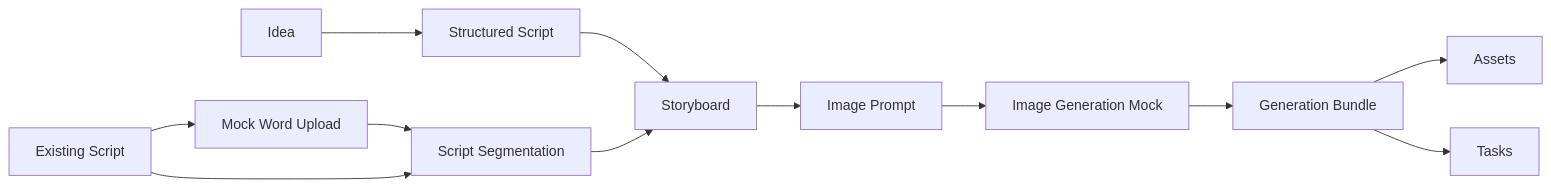
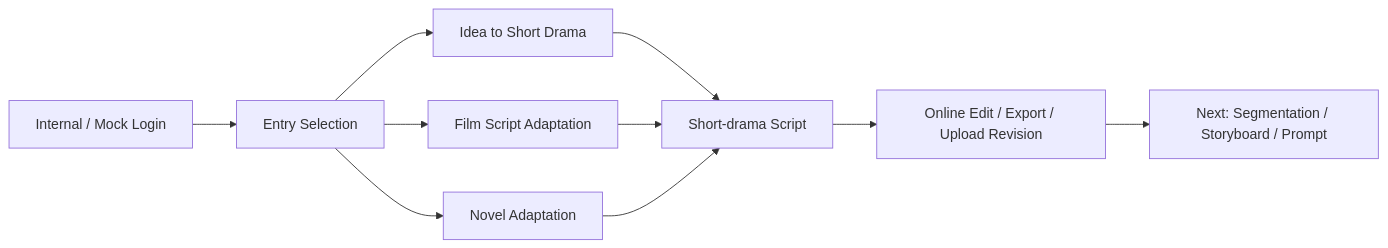
Before and after one commit to VaeSTZhang/ManJuFlow: the diagram in README.en.md, drawn with Mermaid. The commit also changed other lines of this file and 4 other files, not shown here.

Commit message:
docs: align project homepage with three-entry script workbench

````diff
--- a/README.en.md
+++ b/README.en.md
@@ -79,14 +119,12 @@
 ```mermaid
 flowchart LR
-  Idea[Idea] --> Script[Structured Script]
-  Existing[Existing Script] --> Upload[Mock Word Upload]
-  Upload --> Segments[Script Segmentation]
-  Existing --> Segments
-  Script --> Storyboard[Storyboard]
-  Segments --> Storyboard
-  Storyboard --> Prompt[Image Prompt]
-  Prompt --> ImageMock[Image Generation Mock]
-  ImageMock --> Bundle[Generation Bundle]
-  Bundle --> Assets[Assets]
-  Bundle --> Tasks[Tasks]
+  Login[Internal / Mock Login] --> Entry[Entry Selection]
+  Entry --> Idea[Idea to Short Drama]
+  Entry --> Film[Film Script Adaptation]
+  Entry --> Novel[Novel Adaptation]
+  Idea --> Script[Short-drama Script]
+  Film --> Script
+  Novel --> Script
+  Script --> Edit[Online Edit / Export / Upload Revision]
+  Edit --> Next[Next: Segmentation / Storyboard / Prompt]
 ```
````
